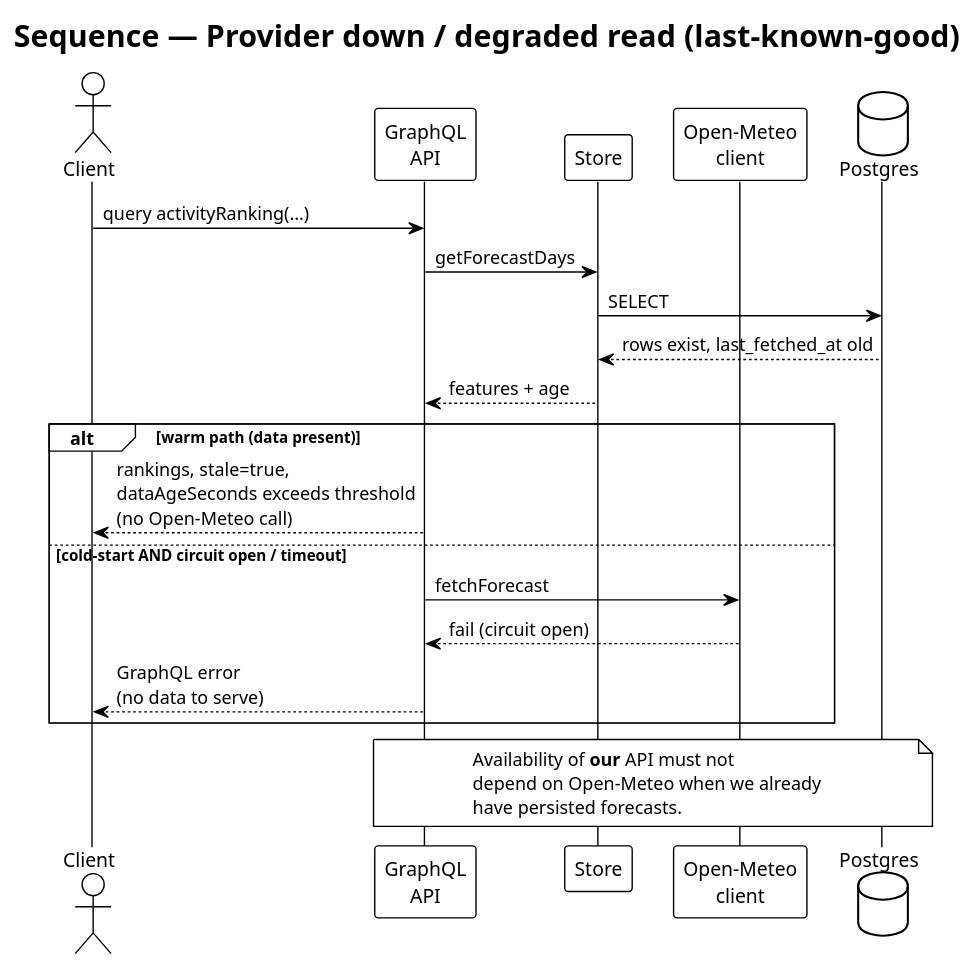
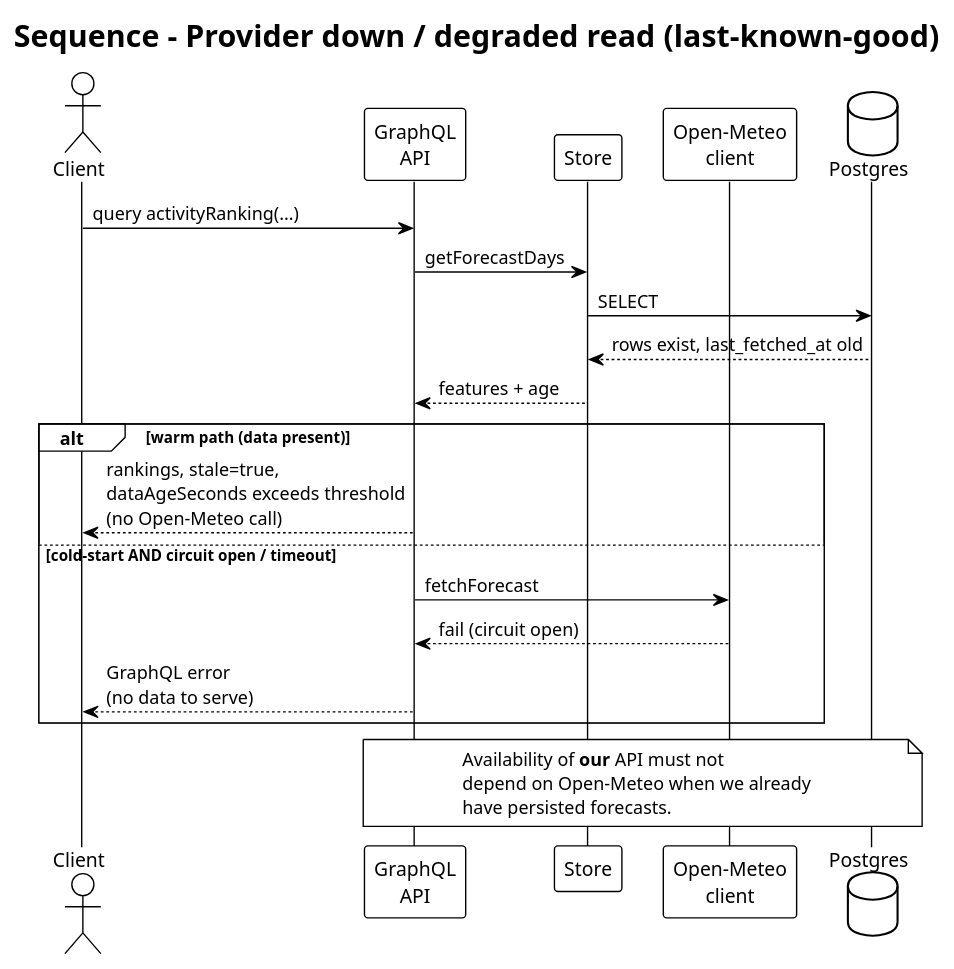
The diagram in docs/diagrams/seq-provider-down.puml (Takadza/weather-activity-ranking-service), drawn with PlantUML before and after one commit. The commit also changed 31 other files, not shown here.

```diff
--- a/docs/diagrams/seq-provider-down.puml
+++ b/docs/diagrams/seq-provider-down.puml
@@ -1,31 +1,31 @@
 @startuml seq-provider-down
 !theme plain
-title Sequence — Provider down / degraded read (last-known-good)
+title Sequence - Provider down / degraded read (last-known-good)
 
 actor Client
 participant "GraphQL\nAPI" as GQL
 participant "Store" as Store
 participant "Open-Meteo\nclient" as OMClient
 database "Postgres" as PG
 
 Client -> GQL : query activityRanking(...)
 GQL -> Store : getForecastDays
 Store -> PG : SELECT
 PG --> Store : rows exist, last_fetched_at old
 Store --> GQL : features + age
 
 alt warm path (data present)
   GQL --> Client : rankings, stale=true,\ndataAgeSeconds exceeds threshold\n(no Open-Meteo call)
 else cold-start AND circuit open / timeout
   GQL -> OMClient : fetchForecast
   OMClient --> GQL : fail (circuit open)
   GQL --> Client : GraphQL error\n(no data to serve)
 end
 
 note over GQL, PG
   Availability of **our** API must not
   depend on Open-Meteo when we already
   have persisted forecasts.
 end note
 
 @enduml
```
